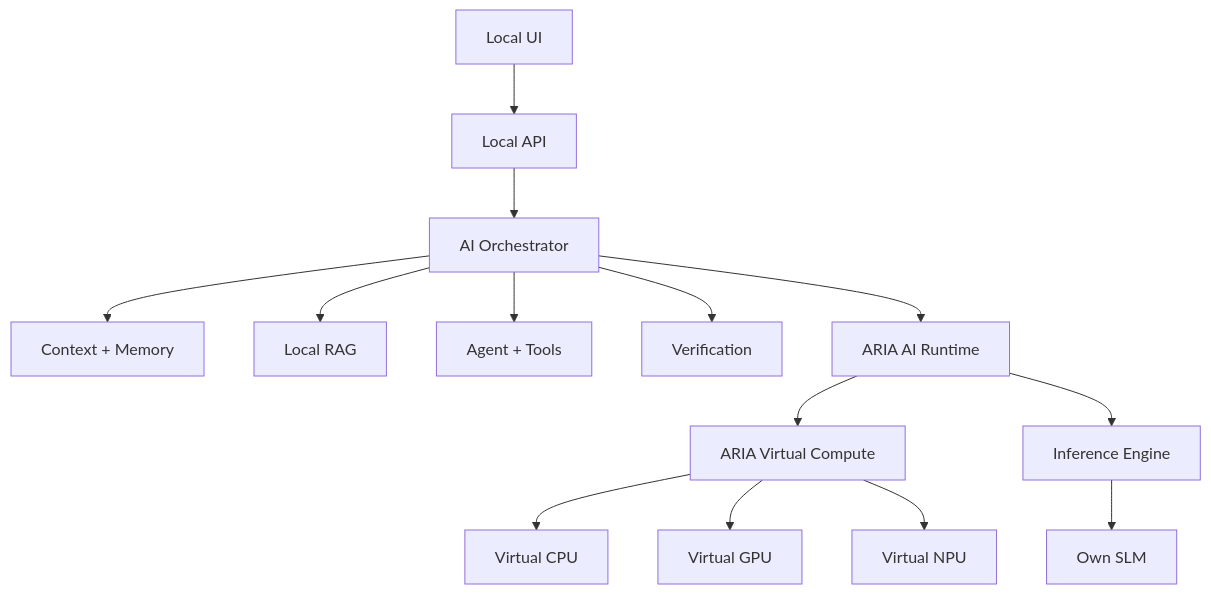
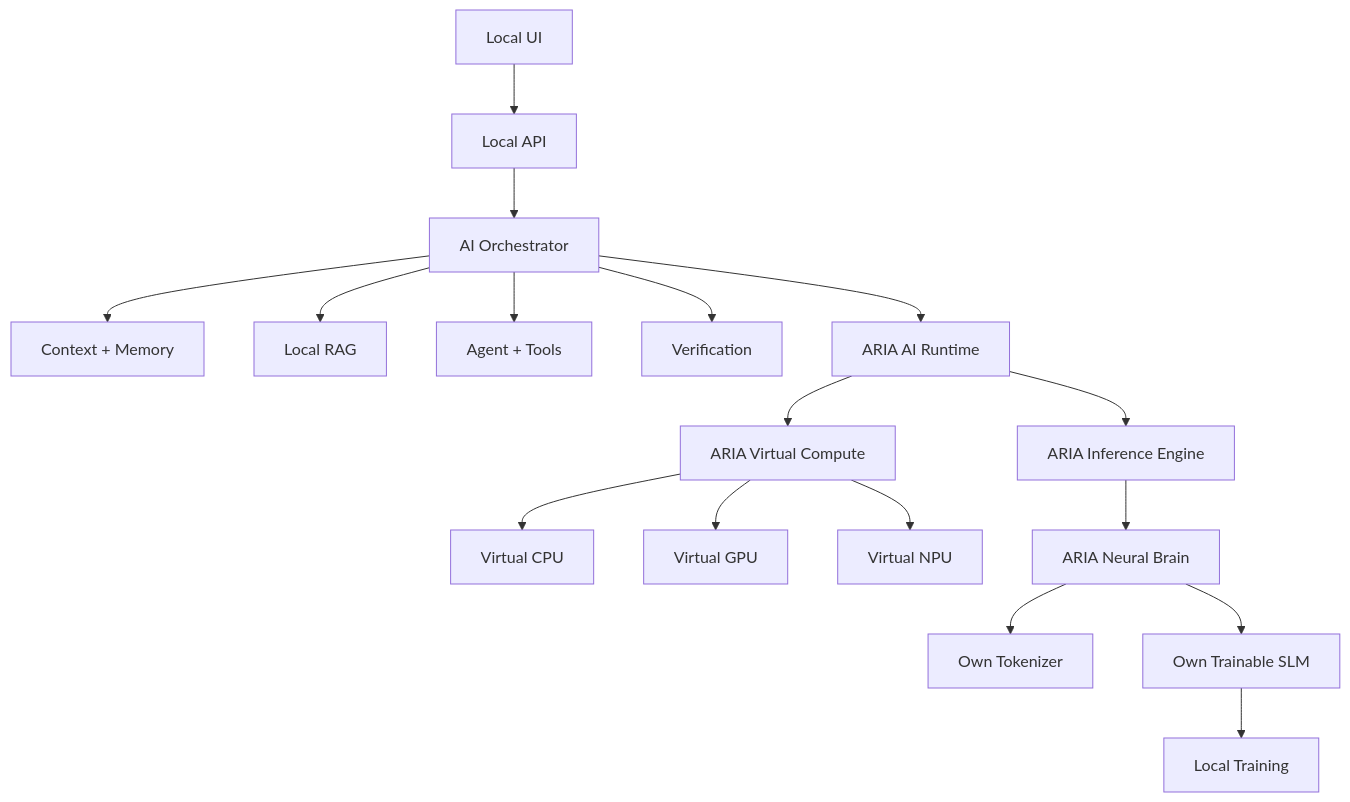
The diagram in README.md (chamanvashishth/ARIA), drawn with Mermaid before and after one commit. The commit also changed other lines of this file and 4 other files, not shown here.

Commit message:
feat: establish ARIA neural brain foundation

````diff
--- a/README.md
+++ b/README.md
@@ -21,16 +21,19 @@
 ```mermaid
 flowchart TD
     UI["Local UI"] --> API["Local API"]
     API --> ORCH["AI Orchestrator"]
     ORCH --> CTX["Context + Memory"]
     ORCH --> RAG["Local RAG"]
     ORCH --> AGENT["Agent + Tools"]
     ORCH --> VERIFY["Verification"]
     ORCH --> RT["ARIA AI Runtime"]
     RT --> COMPUTE["ARIA Virtual Compute"]
     COMPUTE --> VCPU["Virtual CPU"]
     COMPUTE --> VGPU["Virtual GPU"]
     COMPUTE --> VNPU["Virtual NPU"]
-    RT --> INF["Inference Engine"]
-    INF --> SLM["Own SLM"]
+    RT --> INF["ARIA Inference Engine"]
+    INF --> BRAIN["ARIA Neural Brain"]
+    BRAIN --> TOK["Own Tokenizer"]
+    BRAIN --> SLM["Own Trainable SLM"]
+    SLM --> TRAIN["Local Training"]
 ```
````
